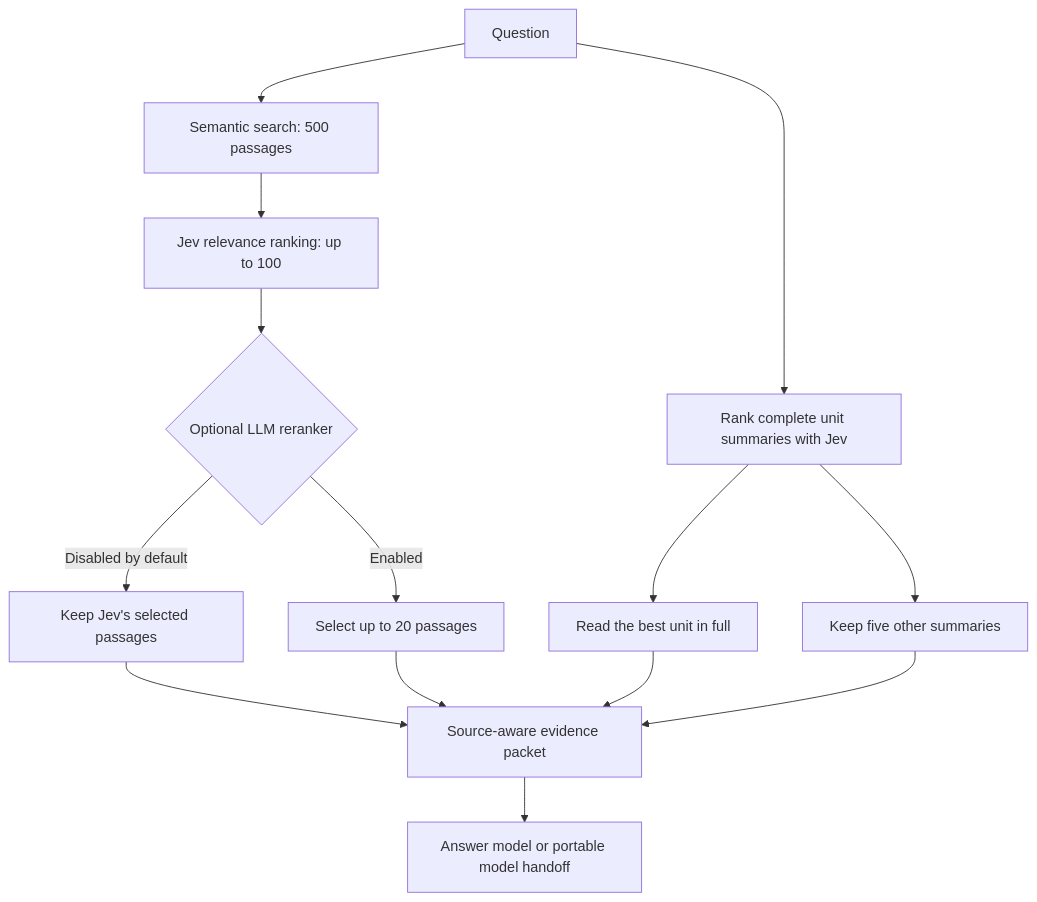
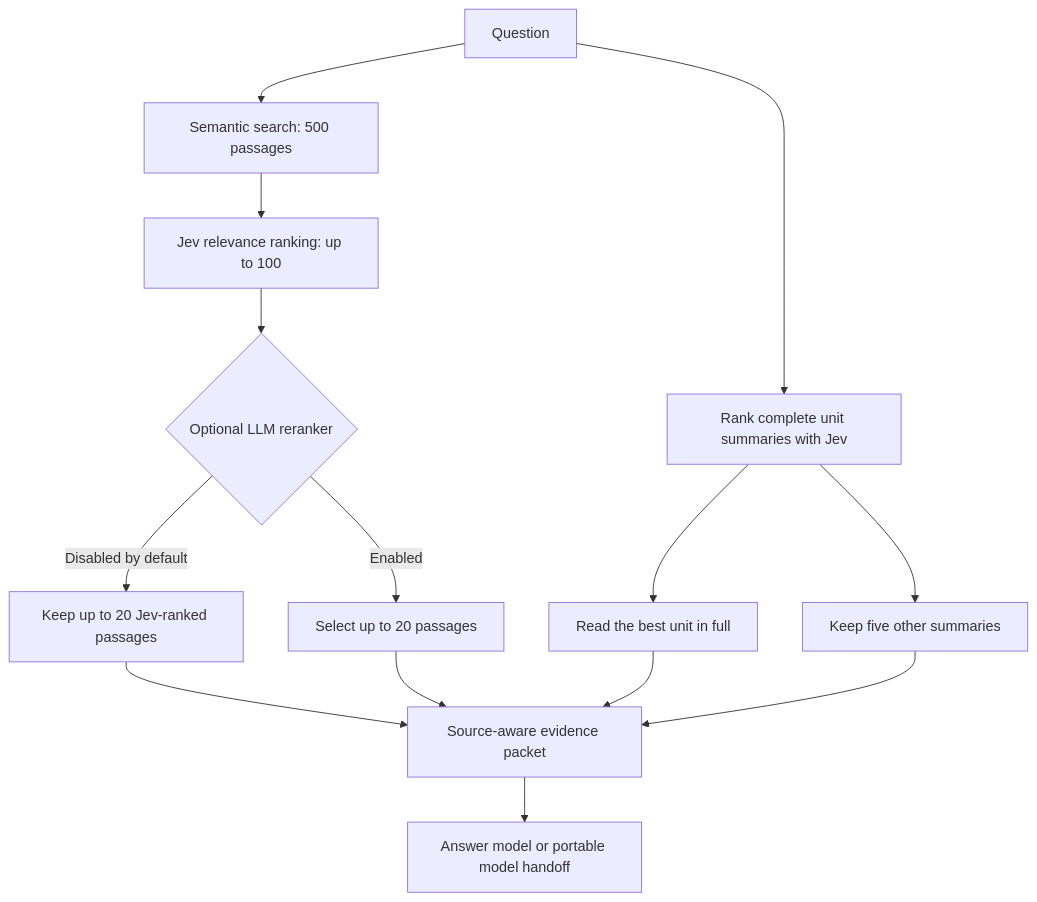
The diagram in README.md (tiagovasc/mori-rag), drawn with Mermaid before and after one commit. The commit also changed other lines of this file and 30 other files, not shown here.

````diff
--- a/README.md
+++ b/README.md
@@ -11,16 +11,16 @@
 ```mermaid
 flowchart TD
     Q[Question] --> E[Semantic search: 500 passages]
     E --> J[Jev relevance ranking: up to 100]
     J --> O{Optional LLM reranker}
-    O -->|Disabled by default| P[Keep Jev's selected passages]
+    O -->|Disabled by default| P[Keep up to 20 Jev-ranked passages]
     O -->|Enabled| R[Select up to 20 passages]
     Q --> S[Rank complete unit summaries with Jev]
     S --> U[Read the best unit in full]
     S --> M[Keep five other summaries]
     P --> C[Source-aware evidence packet]
     R --> C
     U --> C
     M --> C
     C --> A[Answer model or portable model handoff]
 ```
````
